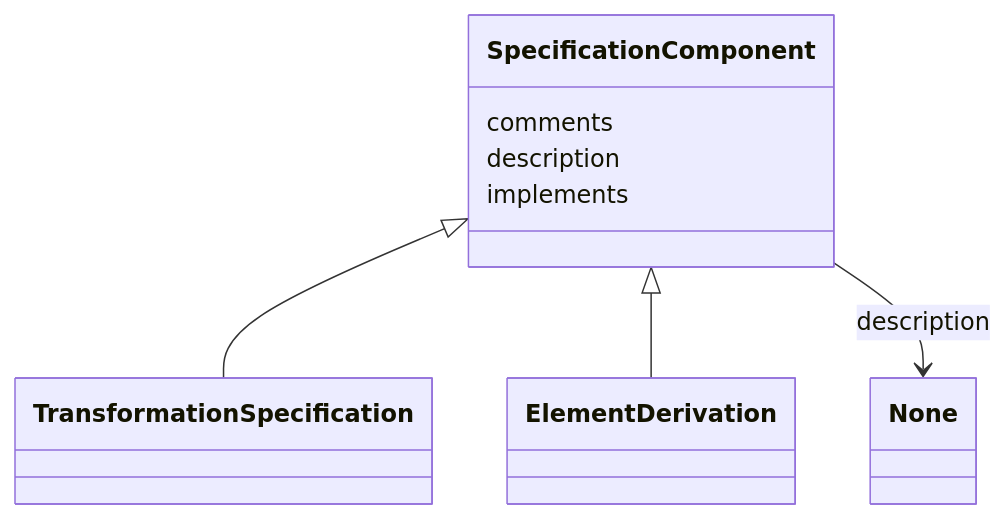
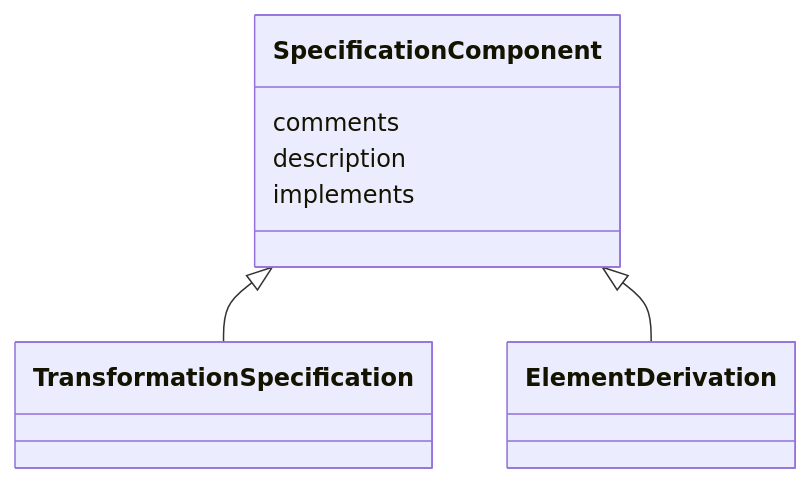
The diagram in docs/schema/SpecificationComponent.md (linkml/linkml-map), drawn with Mermaid before and after one commit. The commit also changed other lines of this file and 155 other files, not shown here.

First line of the commit message:
Regenerate schema docs

````diff
--- a/docs/schema/SpecificationComponent.md
+++ b/docs/schema/SpecificationComponent.md
@@ -14,16 +20,17 @@
 ```mermaid
  classDiagram
     class SpecificationComponent
+    click SpecificationComponent href "../SpecificationComponent/"
       SpecificationComponent <|-- TransformationSpecification
+        click TransformationSpecification href "../TransformationSpecification/"
       SpecificationComponent <|-- ElementDerivation
-
+        click ElementDerivation href "../ElementDerivation/"
+      
       SpecificationComponent : comments
-
+        
       SpecificationComponent : description
-
-          SpecificationComponent --> None : description
-
+        
       SpecificationComponent : implements
-
-
+        
+      
 ```
````
